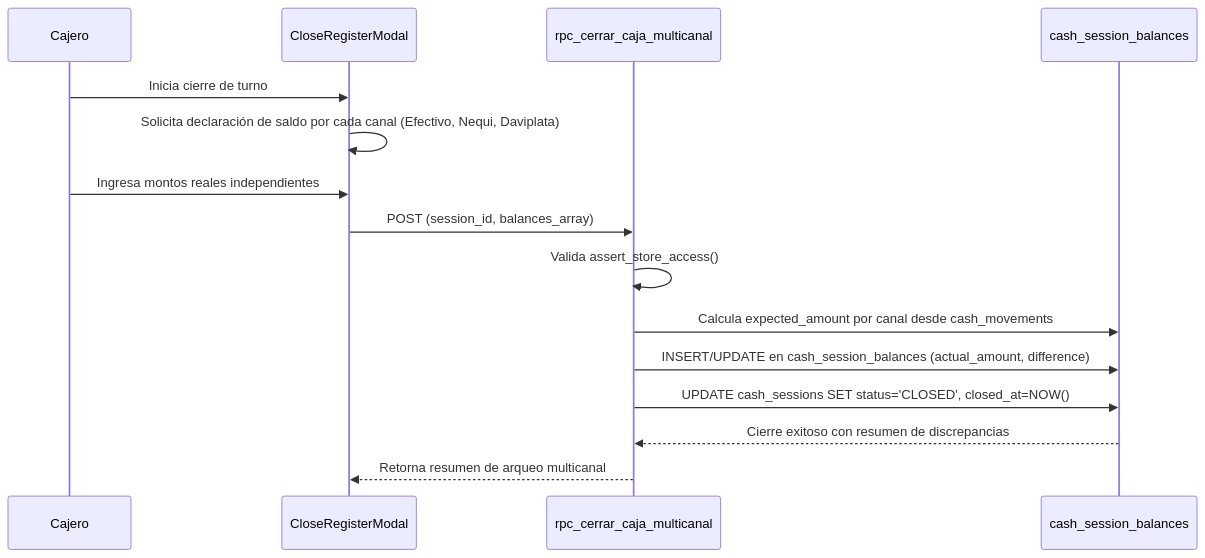
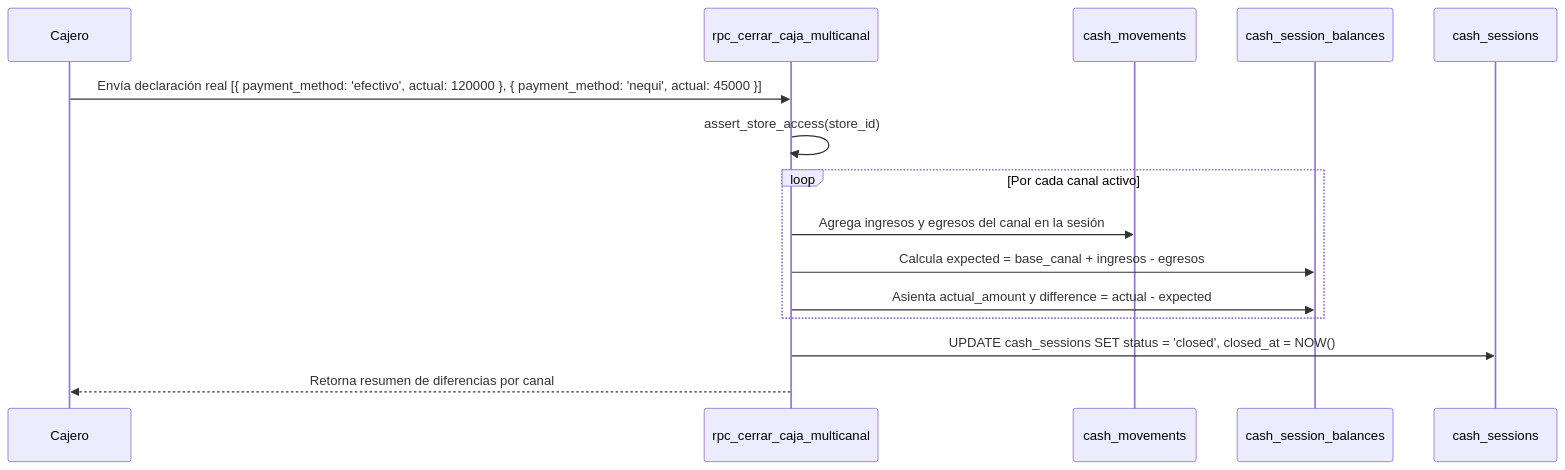
One commit to YamirJCF/tienda-barrio-pro changed the second of 4 diagrams in documentation/01_requirements/SDD/SDD_020_CAJA_MULTICANAL.md. Above: the diagram before and after it, drawn with Mermaid. The commit also changed other lines of this file and 3 other files, not shown here.

````diff
--- a/documentation/01_requirements/SDD/SDD_020_CAJA_MULTICANAL.md
+++ b/documentation/01_requirements/SDD/SDD_020_CAJA_MULTICANAL.md
@@ -44,18 +75,18 @@
 ```mermaid
 sequenceDiagram
-    participant Cajero
-    participant UI as CloseRegisterModal
+    participant U as Cajero
     participant RPC as rpc_cerrar_caja_multicanal
-    participant DB as cash_session_balances
+    participant M as cash_movements
+    participant B as cash_session_balances
+    participant S as cash_sessions
 
-    Cajero->>UI: Inicia cierre de turno
-    UI->>UI: Solicita declaración de saldo por cada canal (Efectivo, Nequi, Daviplata)
-    Cajero->>UI: Ingresa montos reales independientes
-    UI->>RPC: POST (session_id, balances_array)
-    RPC->>RPC: Valida assert_store_access()
-    RPC->>DB: Calcula expected_amount por canal desde cash_movements
-    RPC->>DB: INSERT/UPDATE en cash_session_balances (actual_amount, difference)
-    RPC->>DB: UPDATE cash_sessions SET status='CLOSED', closed_at=NOW()
-    DB-->>RPC: Cierre exitoso con resumen de discrepancias
-    RPC-->>UI: Retorna resumen de arqueo multicanal
+    U->>RPC: Envía declaración real [{ payment_method: 'efectivo', actual: 120000 }, { payment_method: 'nequi', actual: 45000 }]
+    RPC->>RPC: assert_store_access(store_id)
+    loop Por cada canal activo
+        RPC->>M: Agrega ingresos y egresos del canal en la sesión
+        RPC->>B: Calcula expected = base_canal + ingresos - egresos
+        RPC->>B: Asienta actual_amount y difference = actual - expected
+    end
+    RPC->>S: UPDATE cash_sessions SET status = 'closed', closed_at = NOW()
+    RPC-->>U: Retorna resumen de diferencias por canal
 ```
````
